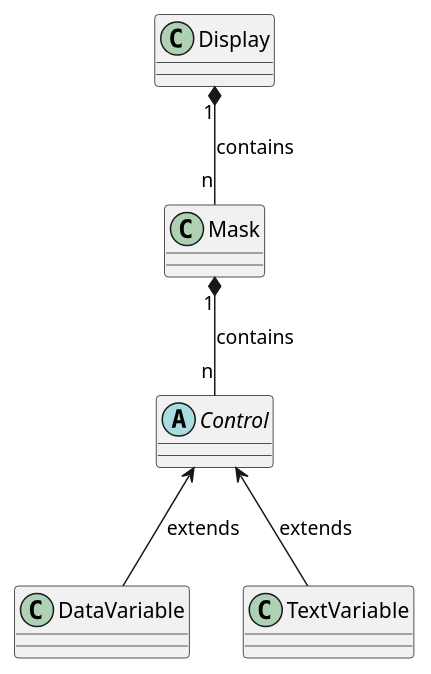
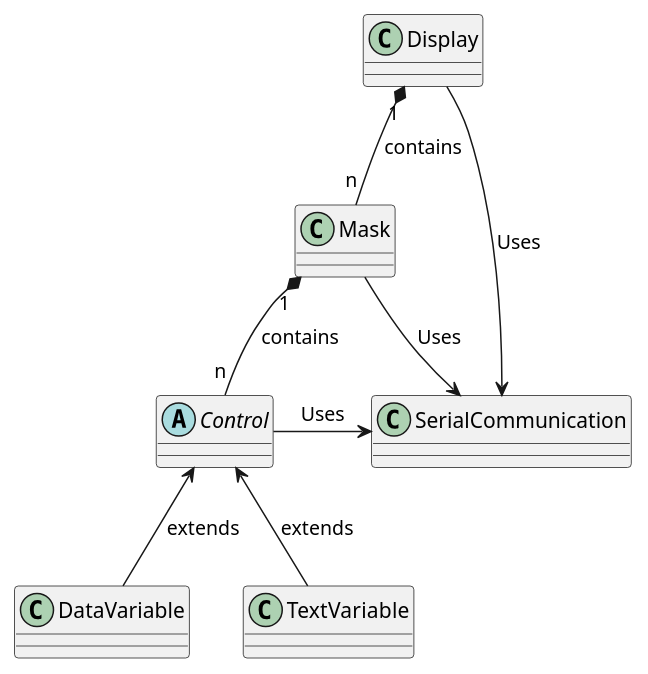
One commit to seho85/python-dgus changed the diagram in doc/source/library/class_overview.rst. Above: the diagram before and after it, drawn with PlantUML. The commit also changed other lines of this file and 23 other files, not shown here.

```diff
--- a/doc/source/library/class_overview.rst
+++ b/doc/source/library/class_overview.rst
@@ -9,23 +25,31 @@
 .. uml::
 
     class Display {
     }
 
     class Mask {
     }
 
     abstract class Control {
     }
 
     class DataVariable {
     }
 
     class TextVariable {
 
     }
 
+    class SerialCommunication {
+    
+    }
+
+    Display -> SerialCommunication : Uses
+    Mask -> SerialCommunication : Uses
+    Control -> SerialCommunication : Uses
+
     Display "1" *-- "n" Mask : contains
     Mask "1" *-- "n" Control : contains
 
     Control <-- DataVariable : extends
     Control <-- TextVariable : extends
```
